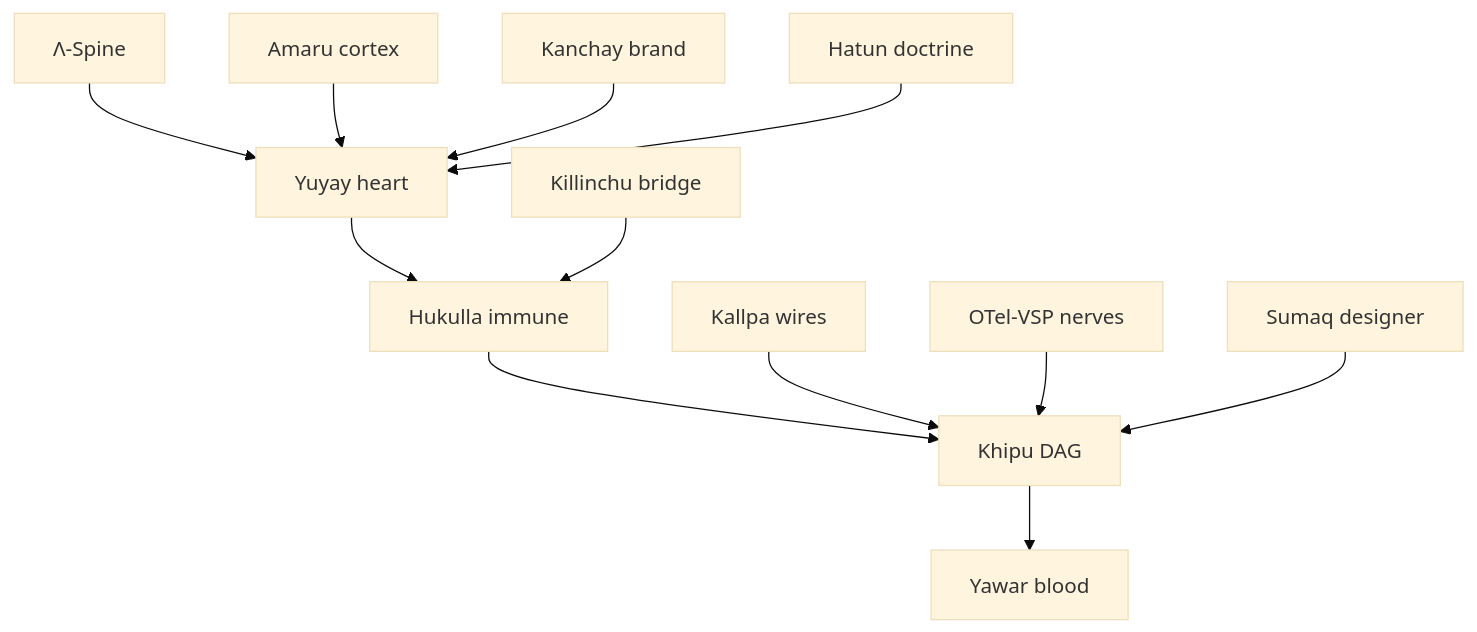
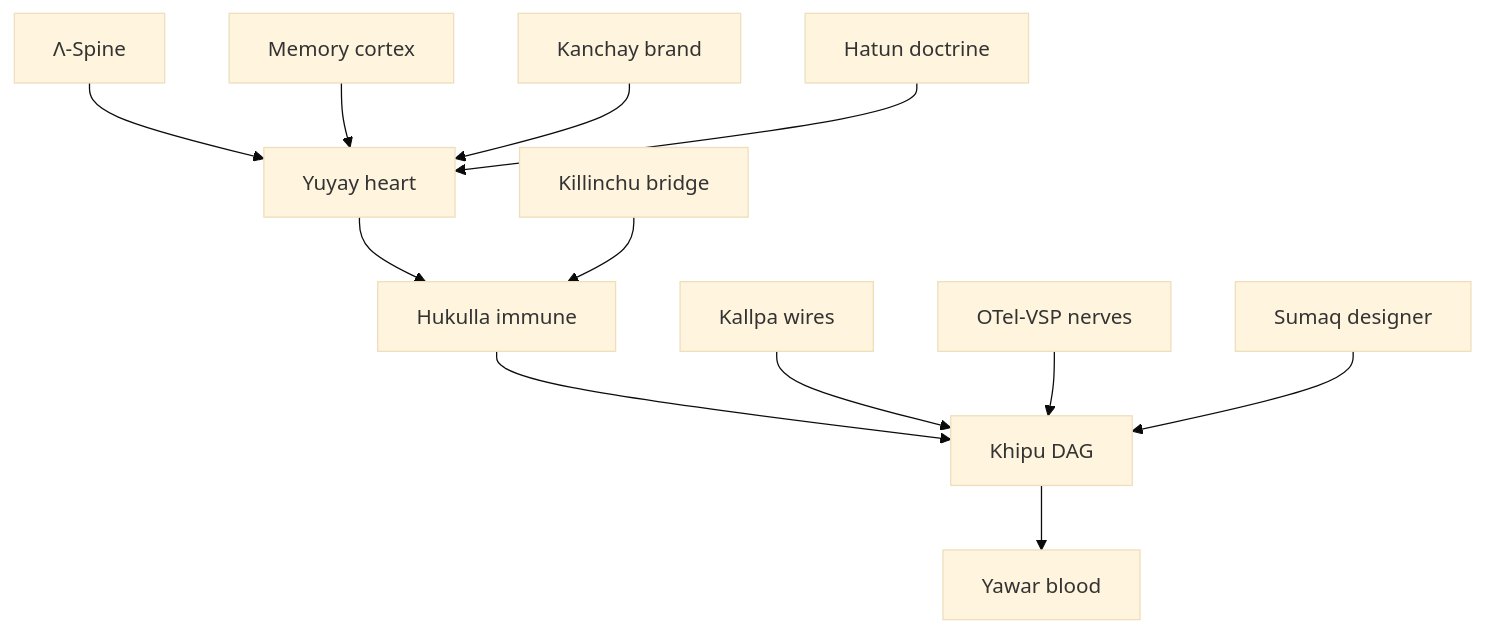
One commit to szl-holdings/docs-site changed the diagram in docs/anatomy/index.md. Above: the diagram before and after it, drawn with Mermaid (base theme). The commit also changed other lines of this file and 33 other files, not shown here.

````diff
--- a/docs/anatomy/index.md
+++ b/docs/anatomy/index.md
@@ -17,14 +17,14 @@
 ```mermaid
 flowchart TD
   L[Λ-Spine] --> Y[Yuyay heart]
   Y --> H[Hukulla immune]
   H --> K[Khipu DAG]
   K --> W[Yawar blood]
-  A[Amaru cortex] --> Y
+  A[Memory cortex] --> Y
   KA[Kallpa wires] --> K
   O[OTel-VSP nerves] --> K
   KN[Kanchay brand] --> Y
   HA[Hatun doctrine] --> Y
   SU[Sumaq designer] --> K
   KI[Killinchu bridge] --> H
 ```
````
